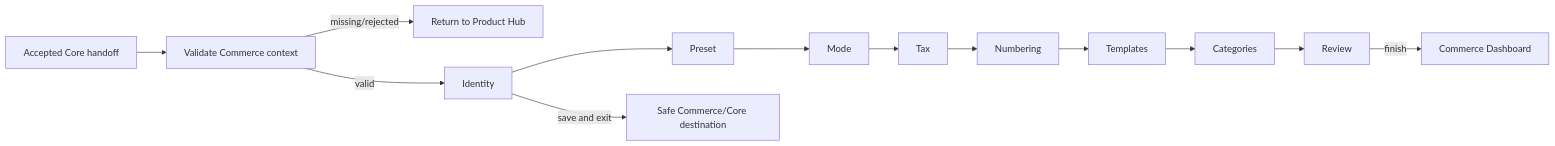
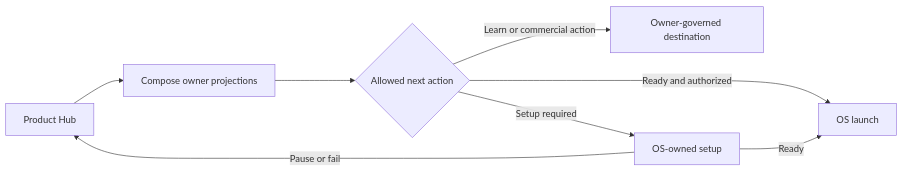
One commit to Mustafa-1993-commits/nexoraxs-v3 changed the seventh of 10 diagrams in docs/03-ui-ux/06-USER-FLOWS.md. Above: the diagram before and after it, drawn with Mermaid. The commit also changed other lines of this file and 23 other files, not shown here.

````diff
--- a/docs/03-ui-ux/06-USER-FLOWS.md
+++ b/docs/03-ui-ux/06-USER-FLOWS.md
@@ -385,15 +208,10 @@
 ```mermaid
 flowchart LR
-    A[Accepted Core handoff] --> B[Validate Commerce context]
-    B -->|missing/rejected| C[Return to Product Hub]
-    B -->|valid| D[Identity]
-    D --> E[Preset]
-    E --> F[Mode]
-    F --> G[Tax]
-    G --> H[Numbering]
-    H --> I[Templates]
-    I --> J[Categories]
-    J --> K[Review]
-    K -->|finish| L[Commerce Dashboard]
-    D -->|save and exit| M[Safe Commerce/Core destination]
+  A[Product Hub] --> B[Compose owner projections]
+  B --> C{Allowed next action}
+  C -->|Learn or commercial action| D[Owner-governed destination]
+  C -->|Setup required| E[OS-owned setup]
+  C -->|Ready and authorized| F[OS launch]
+  E -->|Ready| F
+  E -->|Pause or fail| A
 ```
````
